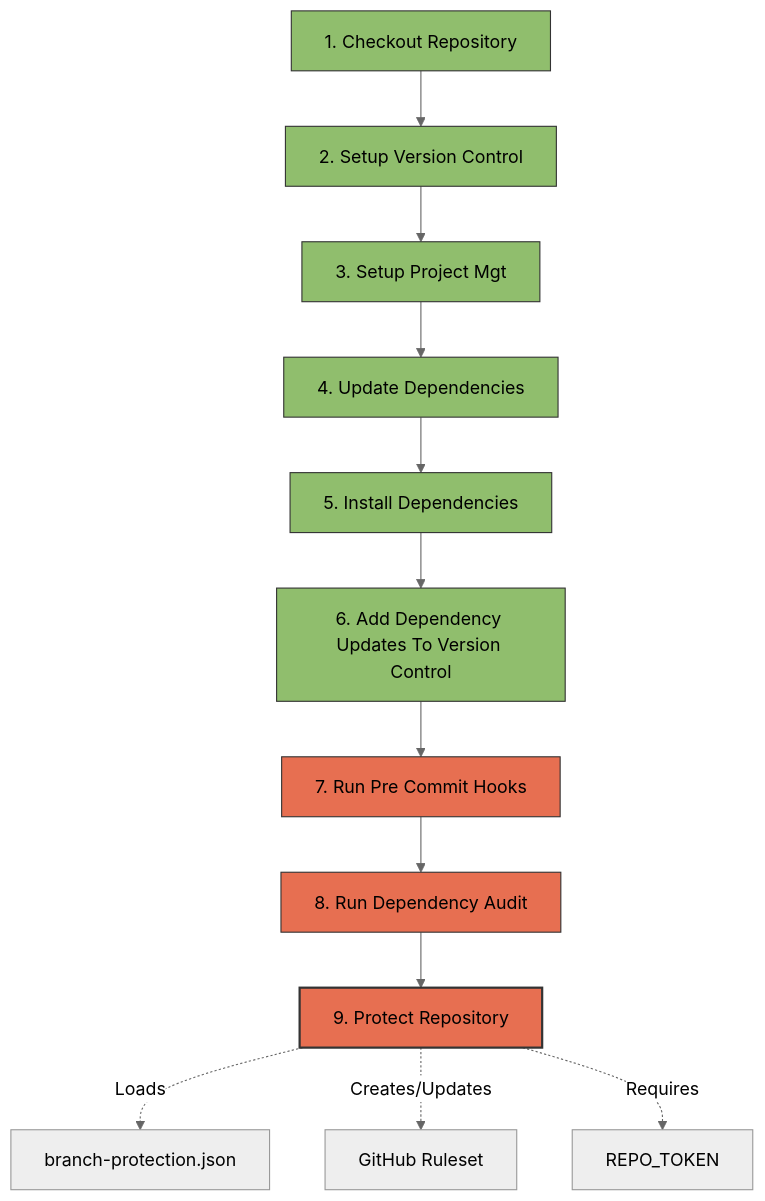
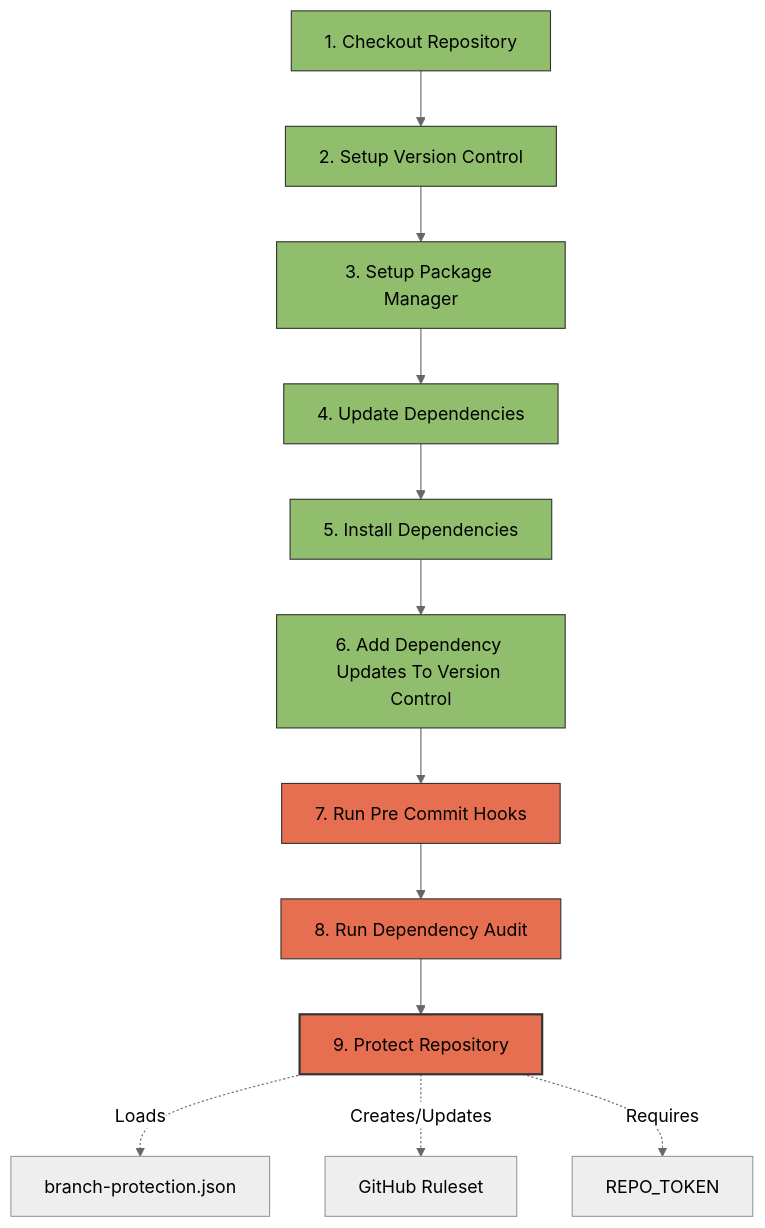
The second of 3 diagrams in docs/configs/workflows/health_check.md (Winipedia/pyrig), drawn with Mermaid (neutral theme) before and after one commit. The commit also changed other lines of this file and 3 other files, not shown here.

````diff
--- a/docs/configs/workflows/health_check.md
+++ b/docs/configs/workflows/health_check.md
@@ -82,25 +82,25 @@
 ```mermaid
 graph TD
     P1[1. Checkout Repository] --> P2[2. Setup Version Control]
-    P2 --> P3[3. Setup Project Mgt]
+    P2 --> P3[3. Setup Package Manager]
     P3 --> P4[4. Update Dependencies]
     P4 --> P5[5. Install Dependencies]
     P5 --> P6[6. Add Dependency Updates To Version Control]
     P6 --> P7[7. Run Pre Commit Hooks]
     P7 --> P8[8. Run Dependency Audit]
     P8 --> P9[9. Protect Repository]
 
-	    P9 -.->|Loads| P9A[branch-protection.json]
-	    P9 -.->|Creates/Updates| P9B[GitHub Ruleset]
-	    P9 -.->|Requires| P9C[REPO_TOKEN]
+    P9 -.->|Loads| P9A[branch-protection.json]
+    P9 -.->|Creates/Updates| P9B[GitHub Ruleset]
+    P9 -.->|Requires| P9C[REPO_TOKEN]
 
     style P1 fill:#90be6d,stroke:#333,stroke-width:1px,color:#000
     style P2 fill:#90be6d,stroke:#333,stroke-width:1px,color:#000
     style P3 fill:#90be6d,stroke:#333,stroke-width:1px,color:#000
     style P4 fill:#90be6d,stroke:#333,stroke-width:1px,color:#000
     style P5 fill:#90be6d,stroke:#333,stroke-width:1px,color:#000
     style P6 fill:#90be6d,stroke:#333,stroke-width:1px,color:#000
     style P7 fill:#e76f51,stroke:#333,stroke-width:1px,color:#000
     style P8 fill:#e76f51,stroke:#333,stroke-width:1px,color:#000
     style P9 fill:#e76f51,stroke:#333,stroke-width:2px,color:#000
 ```
````
